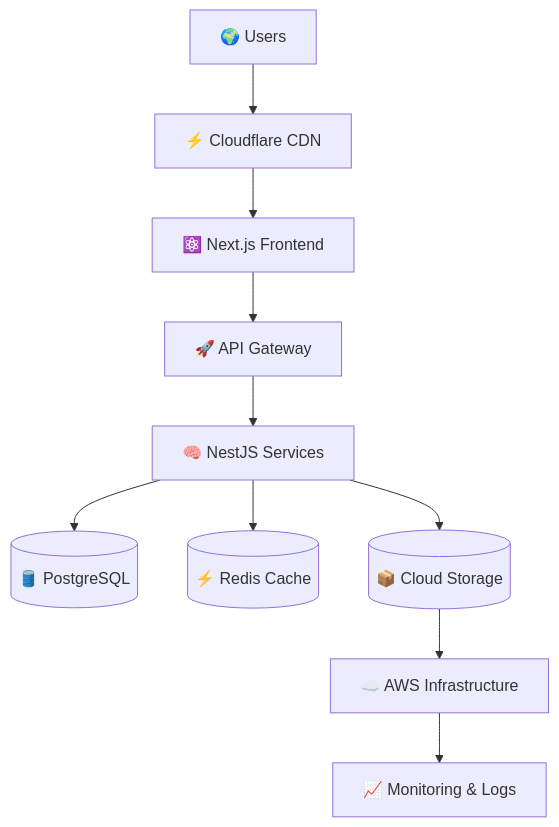
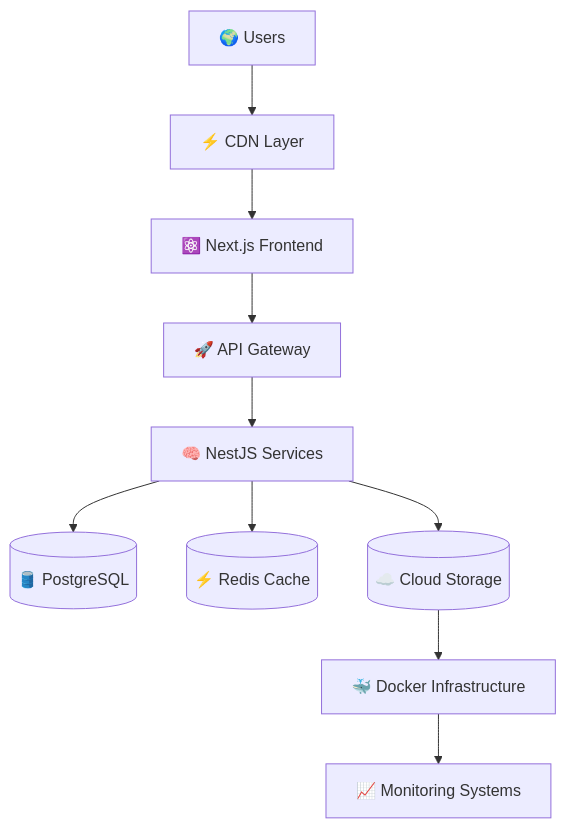
Before and after one commit to Aviral-1/Aviral-1: the diagram in README.md, drawn with Mermaid. The commit also changed other lines of this file, not shown here.

````diff
--- a/README.md
+++ b/README.md
@@ -194,13 +214,13 @@
 ```mermaid
 flowchart TD
 
-A[🌍 Users] --> B[⚡ Cloudflare CDN]
+A[🌍 Users] --> B[⚡ CDN Layer]
 B --> C[⚛️ Next.js Frontend]
 C --> D[🚀 API Gateway]
 D --> E[🧠 NestJS Services]
 E --> F[(🛢️ PostgreSQL)]
 E --> G[(⚡ Redis Cache)]
-E --> H[(📦 Cloud Storage)]
-H --> I[☁️ AWS Infrastructure]
-I --> J[📈 Monitoring & Logs]
+E --> H[(☁️ Cloud Storage)]
+H --> I[🐳 Docker Infrastructure]
+I --> J[📈 Monitoring Systems]
 ```
````
